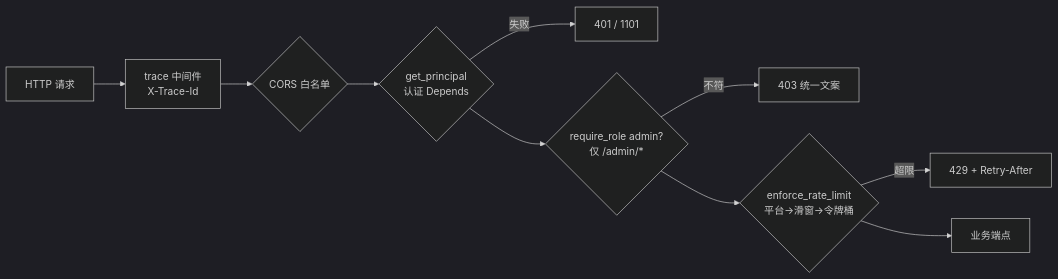
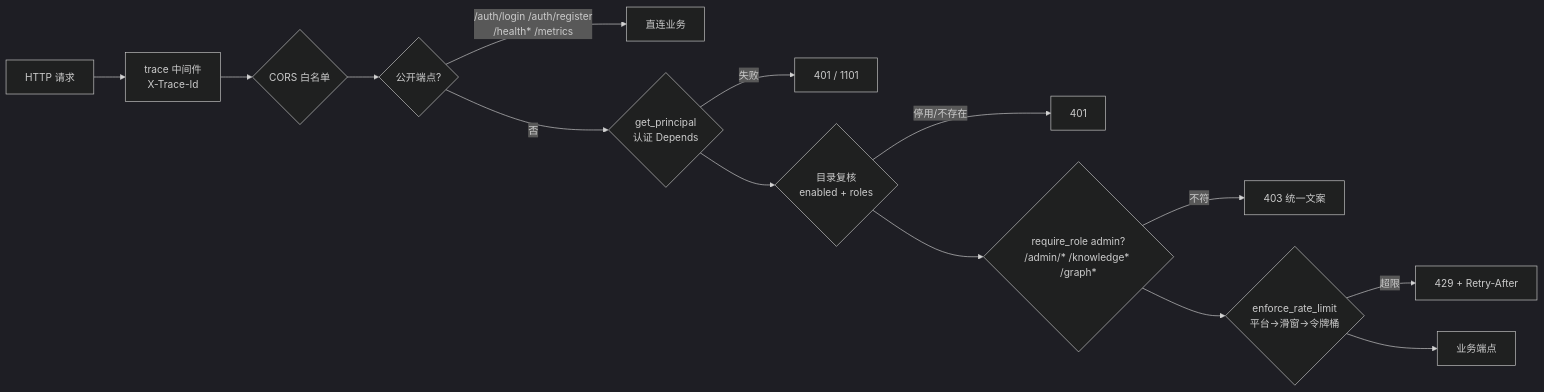
The diagram in doc/analysis/接口.md (lzptouch/Kquery), drawn with Mermaid (dark theme) before and after one commit. The commit also changed other lines of this file and 418 other files, not shown here.

````diff
--- a/doc/analysis/接口.md
+++ b/doc/analysis/接口.md
@@ -234,12 +257,16 @@
 ```mermaid
 flowchart LR
     Req[HTTP 请求] --> T[trace 中间件<br/>X-Trace-Id]
     T --> CORS{CORS 白名单}
-    CORS --> Auth{get_principal<br/>认证 Depends}
+    CORS --> Pub{公开端点?}
+    Pub -->|/auth/login /auth/register<br/>/health* /metrics| Direct[直连业务]
+    Pub -->|否| Auth{get_principal<br/>认证 Depends}
     Auth -->|失败| R401[401 / 1101]
-    Auth --> Role{require_role admin?<br/>仅 /admin/*}
+    Auth --> Sync{目录复核<br/>enabled + roles}
+    Sync -->|停用/不存在| R401B[401]
+    Sync --> Role{require_role admin?<br/>/admin/* /knowledge* /graph*}
     Role -->|不符| R403[403 统一文案]
     Role --> Quota{enforce_rate_limit<br/>平台→滑窗→令牌桶}
     Quota -->|超限| R429[429 + Retry-After]
     Quota --> Route[业务端点]
 ```
````
